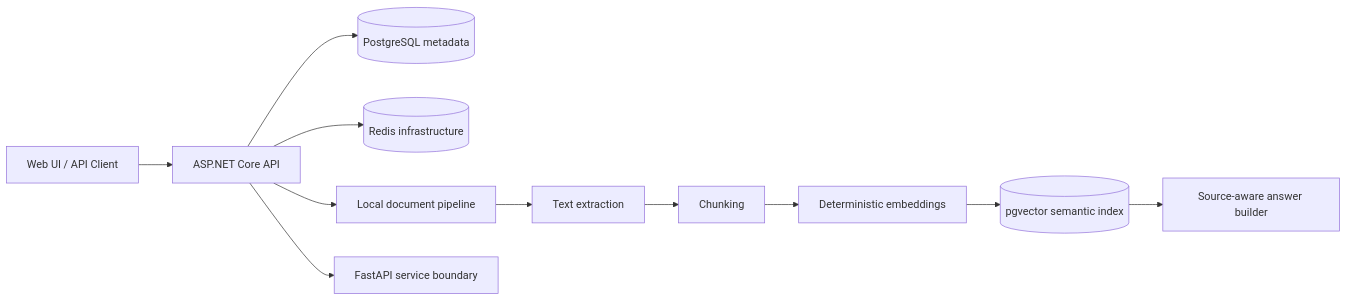
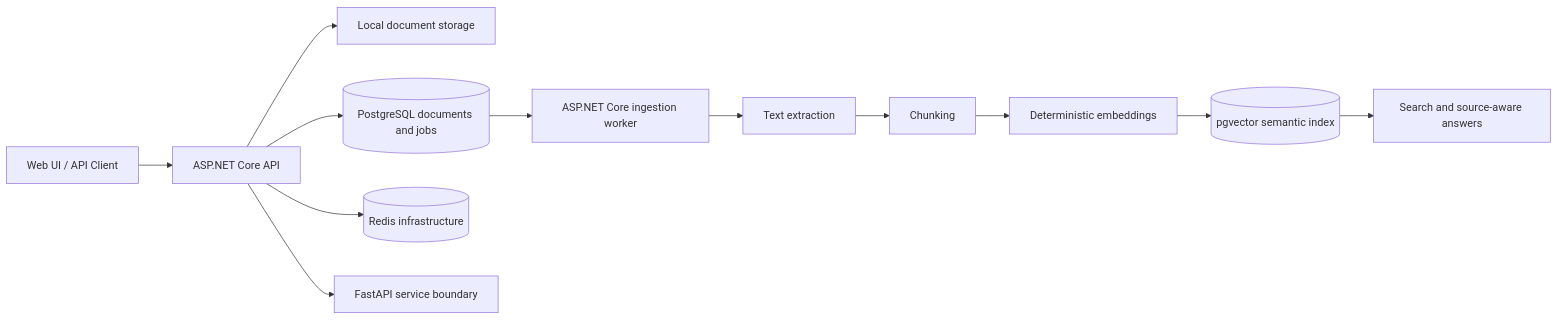
Before and after one commit to mahdiaghtaee/enterprise-ai-document-assistant: the diagram in README.md, drawn with Mermaid. The commit also changed other lines of this file and 29 other files, not shown here.

````diff
--- a/README.md
+++ b/README.md
@@ -82,13 +88,14 @@
 ```mermaid
 flowchart LR
     U[Web UI / API Client] --> A[ASP.NET Core API]
-    A --> P[(PostgreSQL metadata)]
-    A --> R[(Redis infrastructure)]
-    A --> L[Local document pipeline]
-    L --> X[Text extraction]
+    A --> S[Local document storage]
+    A --> P[(PostgreSQL documents and jobs)]
+    P --> W[ASP.NET Core ingestion worker]
+    W --> X[Text extraction]
     X --> C[Chunking]
     C --> E[Deterministic embeddings]
     E --> V[(pgvector semantic index)]
-    V --> Q[Source-aware answer builder]
+    V --> Q[Search and source-aware answers]
+    A --> R[(Redis infrastructure)]
     A --> F[FastAPI service boundary]
 ```
````
